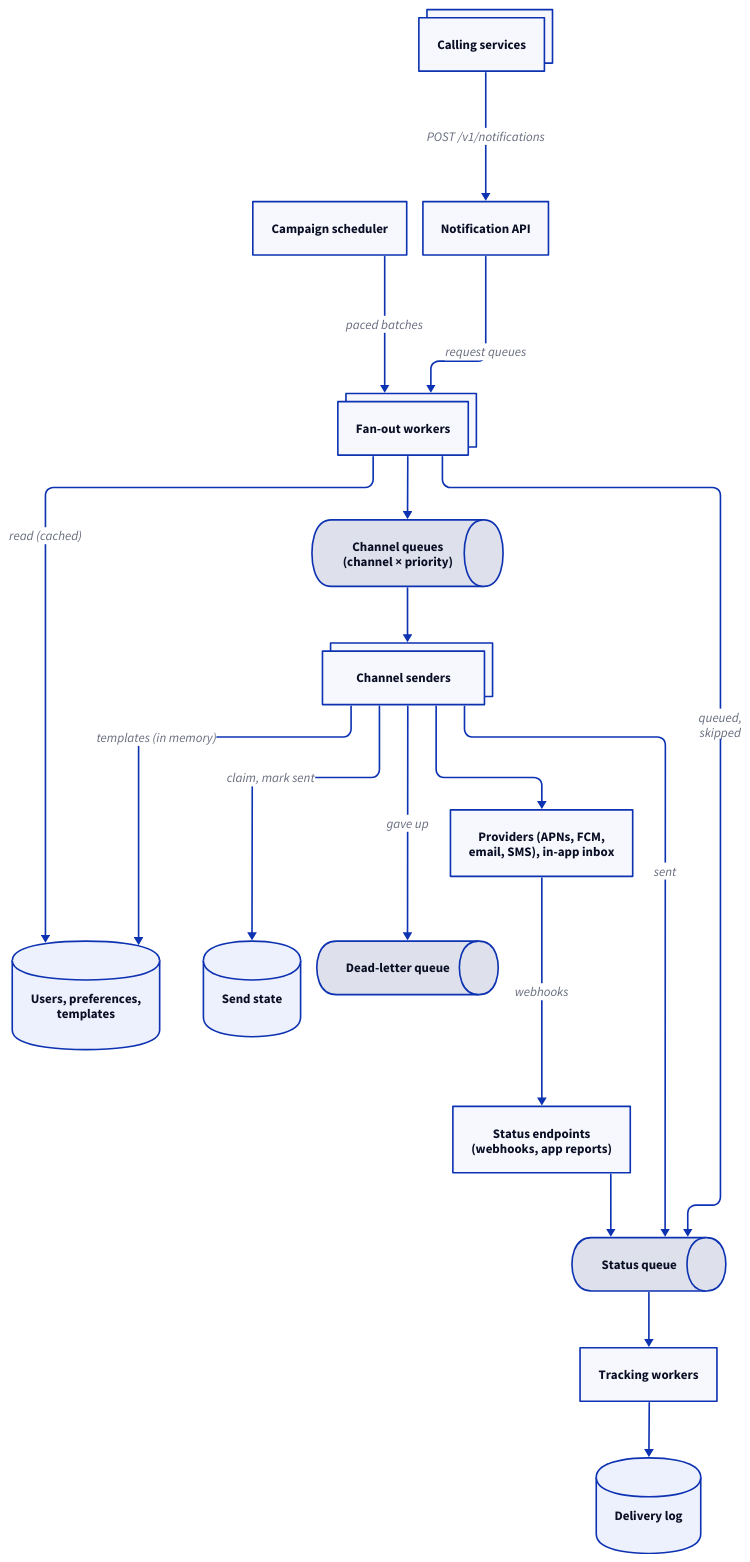
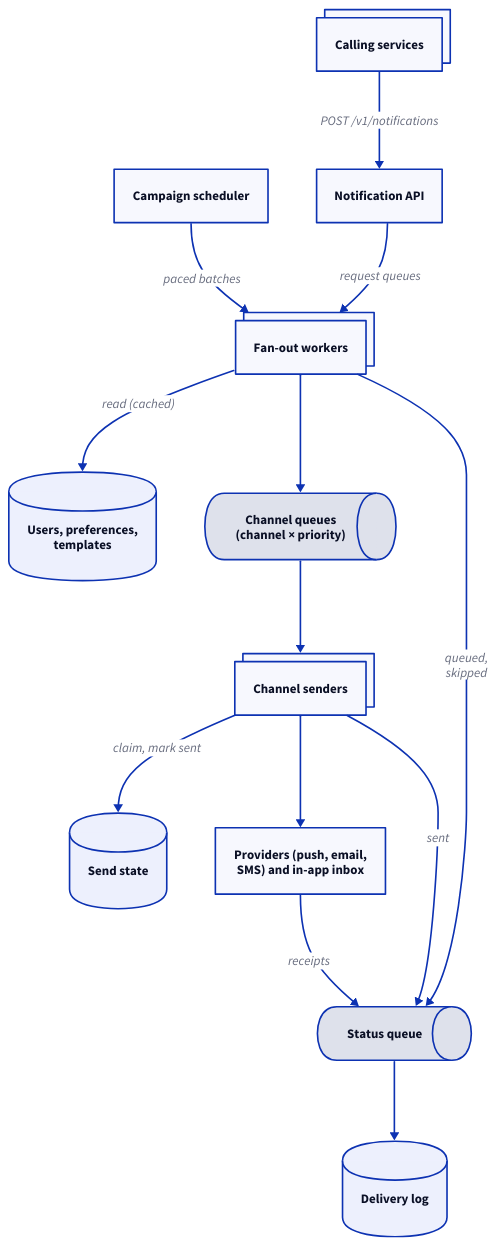
The diagram in src/system-design/diagrams/notification-system/architecture.d2 (enbattle/til), drawn with D2 before and after one commit. The commit also changed 23 other files, not shown here.

```diff
--- a/src/system-design/diagrams/notification-system/architecture.d2
+++ b/src/system-design/diagrams/notification-system/architecture.d2
@@ -1,59 +1,45 @@
 # High-level architecture of the notification system: requests and campaigns
-# fan out into per-channel, per-priority queues; senders hand messages to the
-# providers or the in-app inbox; delivery tracking runs beside the send path.
-vars: {
-  d2-config: {
-    layout-engine: elk
-  }
-}
+# fan out into per-channel, per-priority queues; senders call the providers or
+# the in-app inbox; status events flow through a queue into the delivery log.
 direction: down
 
 services: Calling services {
   style.multiple: true
 }
 campaigns: Campaign scheduler
 api: Notification API
 fanout: Fan-out workers {
   style.multiple: true
 }
 userdata: "Users, preferences,\ntemplates" {
   shape: cylinder
 }
 channelq: "Channel queues\n(channel × priority)" {
   shape: queue
 }
 senders: Channel senders {
   style.multiple: true
 }
 sendstate: Send state {
   shape: cylinder
 }
-dlq: Dead-letter queue {
-  shape: queue
-}
-providers: "Providers (APNs, FCM,\nemail, SMS), in-app inbox"
-status: "Status endpoints\n(webhooks, app reports)"
+providers: "Providers (push, email,\nSMS) and in-app inbox"
 statusq: Status queue {
   shape: queue
 }
-tracking: Tracking workers
 log: Delivery log {
   shape: cylinder
 }
 
 services -> api: "POST /v1/notifications"
 api -> fanout: "request queues"
 campaigns -> fanout: "paced batches"
 fanout -> userdata: "read (cached)"
 fanout -> channelq
 fanout -> statusq: "queued,\nskipped"
 channelq -> senders
-senders -> userdata: "templates (in memory)"
 senders -> sendstate: "claim, mark sent"
-senders -> dlq: "gave up"
 senders -> providers
 senders -> statusq: "sent"
-providers -> status: "webhooks"
-status -> statusq
-statusq -> tracking
-tracking -> log
+providers -> statusq: "receipts"
+statusq -> log
```
